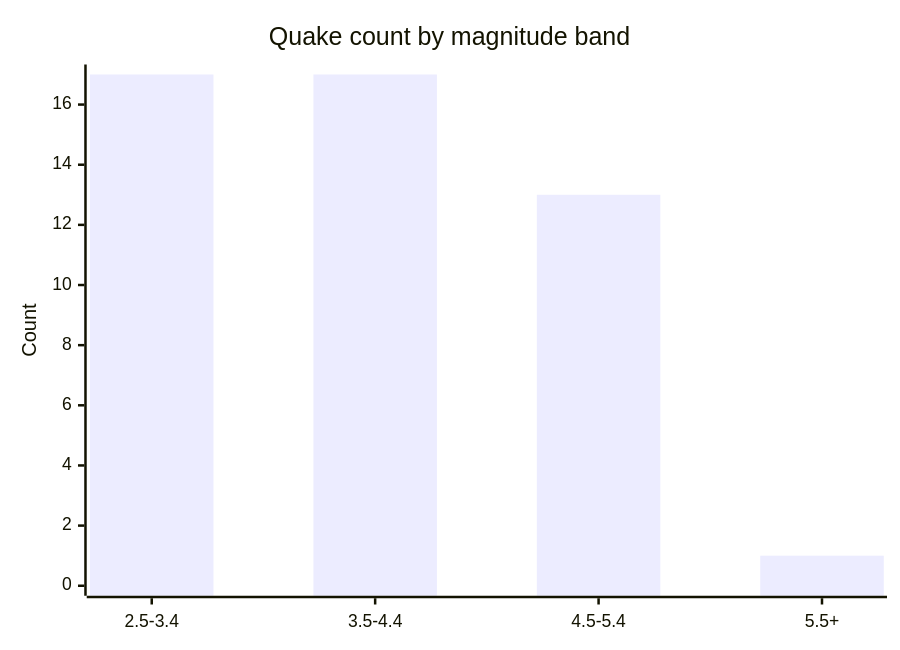
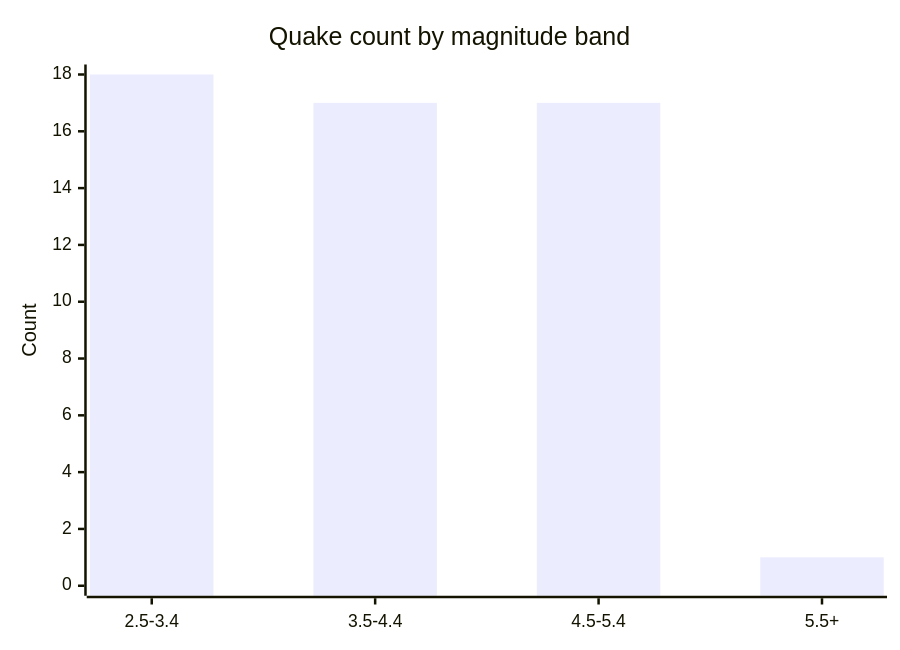
One commit to Midwest-Stratospheric/aerostratospheric-defense-gir changed the fifth of 6 diagrams in docs/GRAPHS.md. Above: the diagram before and after it, drawn with Mermaid. The commit also changed other lines of this file and 23 other files, not shown here.

````diff
--- a/docs/GRAPHS.md
+++ b/docs/GRAPHS.md
@@ -82,7 +82,7 @@
 ```mermaid
 xychart-beta
   title "Quake count by magnitude band"
   x-axis ["2.5-3.4", "3.5-4.4", "4.5-5.4", "5.5+"]
-  y-axis "Count" 0 --> 17
-  bar [17, 17, 13, 1]
+  y-axis "Count" 0 --> 18
+  bar [18, 17, 17, 1]
 ```
````
